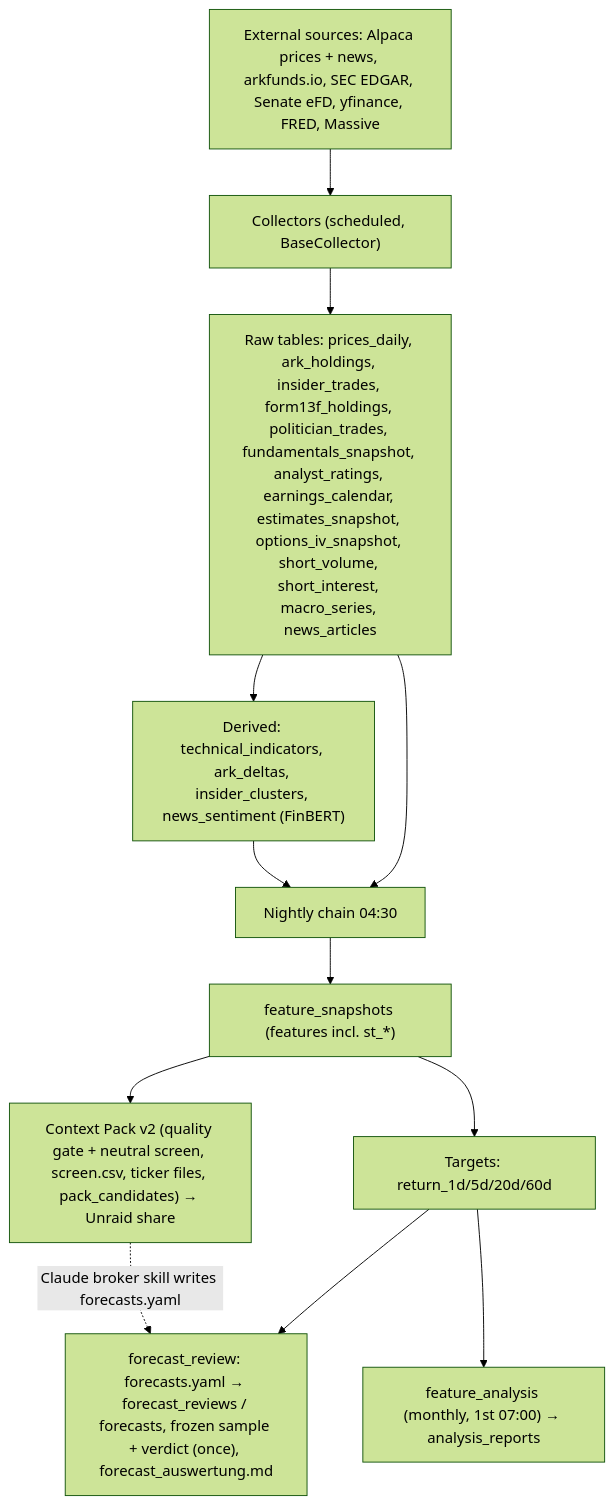
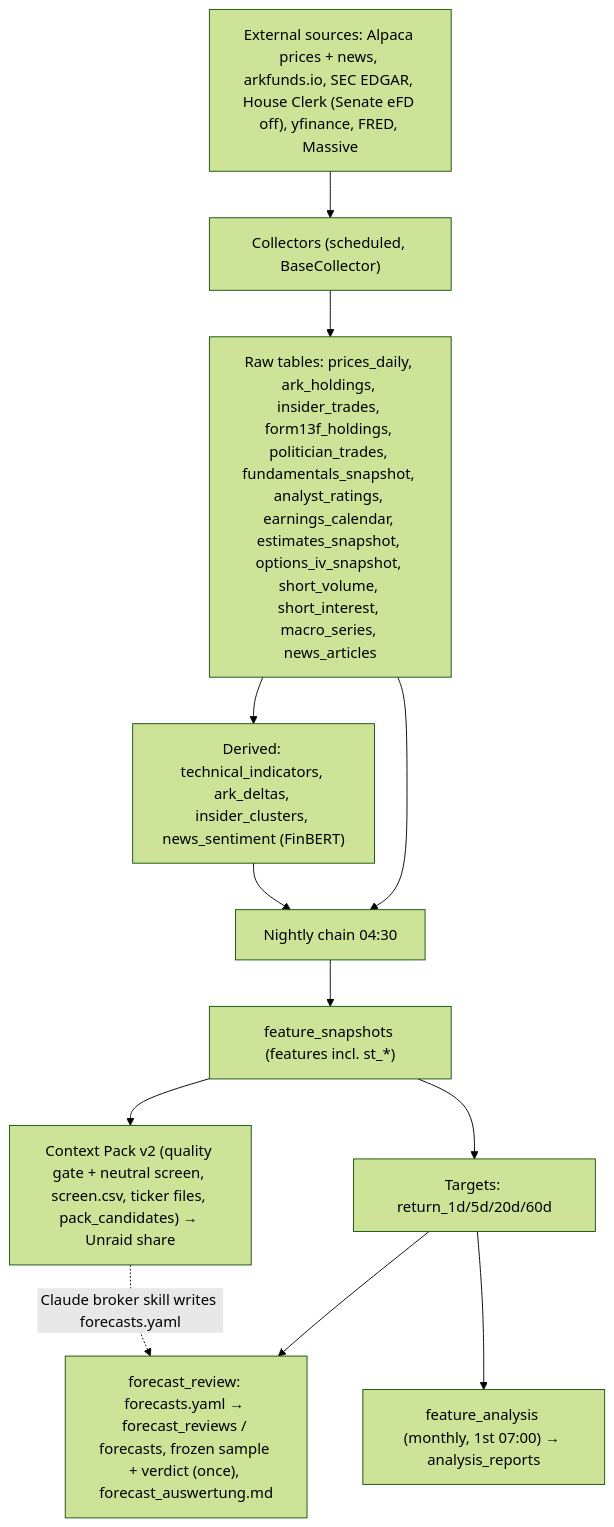
One commit to sebastianganser/Alpaca-Broker changed the first of 2 diagrams in docs/ARCHITECTURE.md. Above: the diagram before and after it, drawn with Mermaid (forest theme). The commit also changed other lines of this file and 42 other files, not shown here.

First line of the commit message:
feat(politicians): House Clerk PTRs replace the blocked Senate eFD source

````diff
--- a/docs/ARCHITECTURE.md
+++ b/docs/ARCHITECTURE.md
@@ -258,14 +262,14 @@
 ```mermaid
 flowchart TD
-    SRC["External sources: Alpaca prices + news, arkfunds.io, SEC EDGAR, Senate eFD, yfinance, FRED, Massive"] --> COL["Collectors (scheduled, BaseCollector)"]
+    SRC["External sources: Alpaca prices + news, arkfunds.io, SEC EDGAR, House Clerk (Senate eFD off), yfinance, FRED, Massive"] --> COL["Collectors (scheduled, BaseCollector)"]
     COL --> RAW["Raw tables: prices_daily, ark_holdings, insider_trades, form13f_holdings, politician_trades, fundamentals_snapshot, analyst_ratings, earnings_calendar, estimates_snapshot, options_iv_snapshot, short_volume, short_interest, macro_series, news_articles"]
     RAW --> DER["Derived: technical_indicators, ark_deltas, insider_clusters, news_sentiment (FinBERT)"]
     RAW --> CHAIN
     DER --> CHAIN["Nightly chain 04:30"]
     CHAIN --> FS["feature_snapshots (features incl. st_*)"]
     FS --> TGT["Targets: return_1d/5d/20d/60d"]
     TGT --> FR["forecast_review: forecasts.yaml → forecast_reviews / forecasts, frozen sample + verdict (once), forecast_auswertung.md"]
     FS --> CP["Context Pack v2 (quality gate + neutral screen, screen.csv, ticker files, pack_candidates) → Unraid share"]
     CP -. "Claude broker skill writes forecasts.yaml" .-> FR
     TGT --> FA["feature_analysis (monthly, 1st 07:00) → analysis_reports"]
 ```
````
